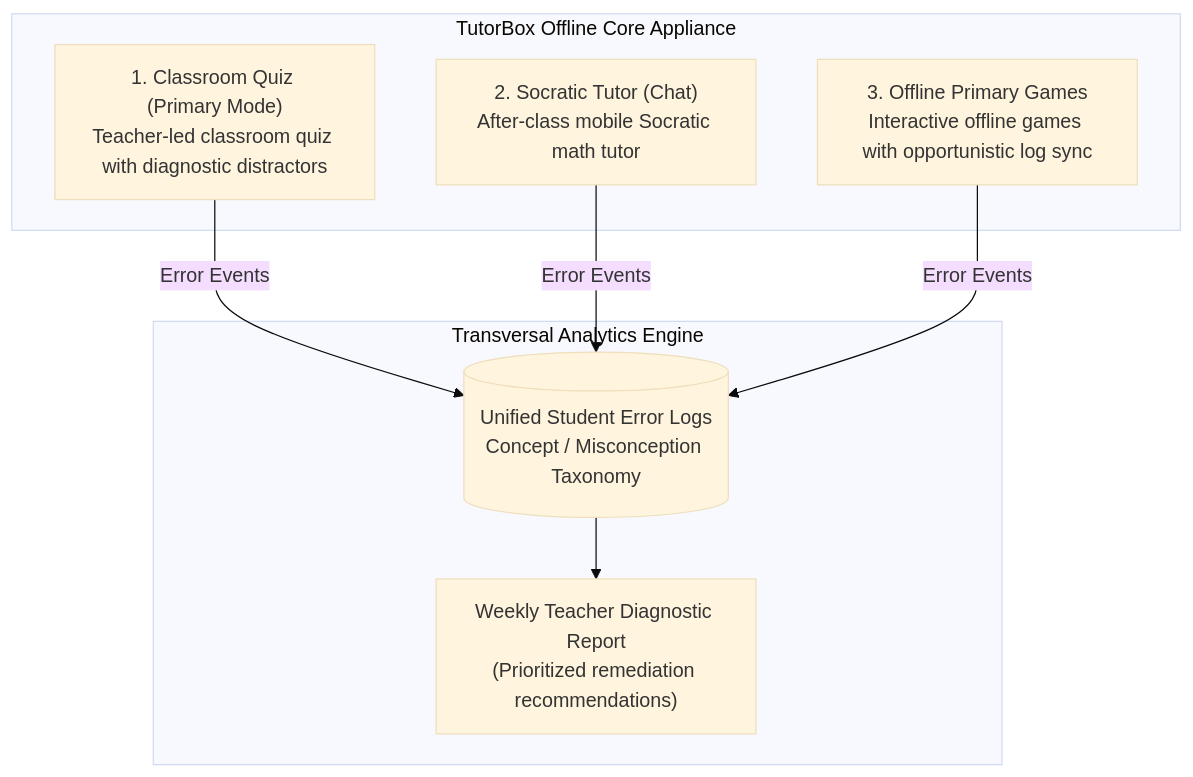
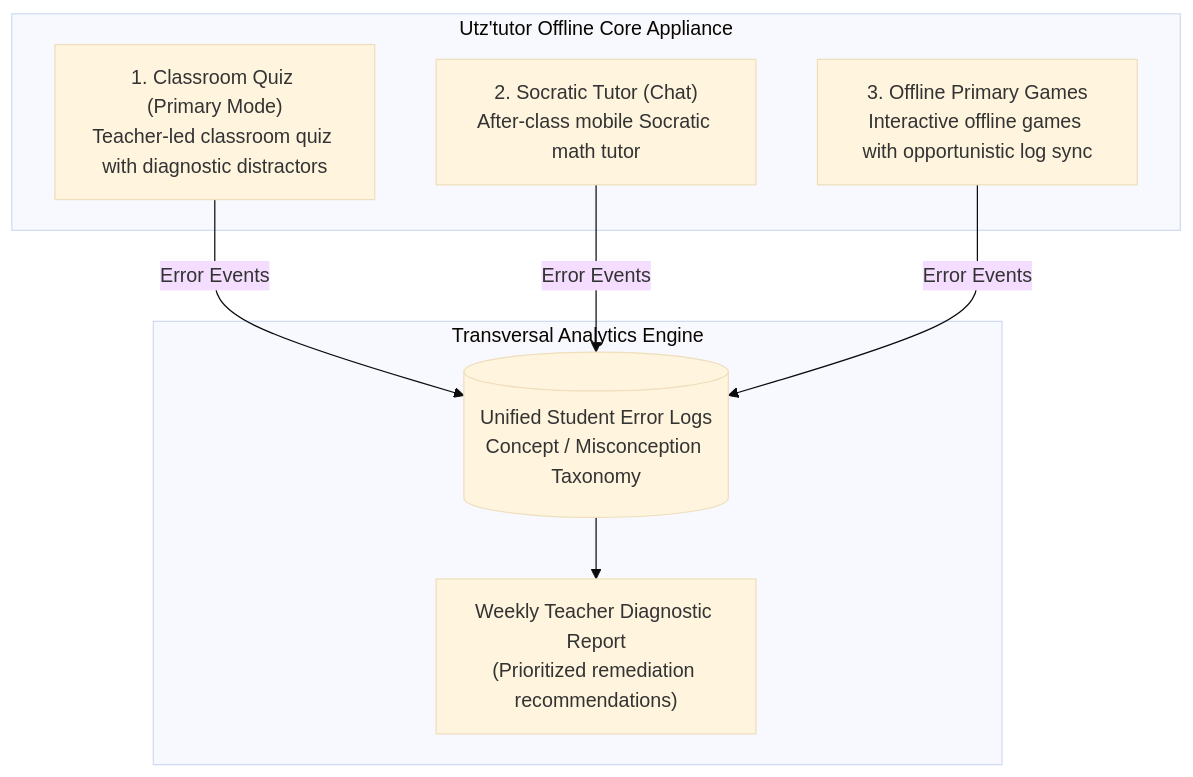
The diagram in docs/architecture/three-modes.md (GabGP/TutorBox), drawn with Mermaid (base theme) before and after one commit. The commit also changed other lines of this file and 127 other files, not shown here.

Commit message:
Cambié «TutorBox» por «Utz'tutor»

````diff
--- a/docs/architecture/three-modes.md
+++ b/docs/architecture/three-modes.md
@@ -20,18 +20,18 @@
 ```mermaid
 graph TD
-    subgraph Core ["TutorBox Offline Core Appliance"]
+    subgraph Core ["Utz'tutor Offline Core Appliance"]
         M1["1. Classroom Quiz (Primary Mode)<br/>Teacher-led classroom quiz with diagnostic distractors"]
         M2["2. Socratic Tutor (Chat)<br/>After-class mobile Socratic math tutor"]
         M3["3. Offline Primary Games<br/>Interactive offline games with opportunistic log sync"]
     end
 
     subgraph Telemetry ["Transversal Analytics Engine"]
         Logs[("Unified Student Error Logs<br/>Concept / Misconception Taxonomy")]
         Report["Weekly Teacher Diagnostic Report<br/>(Prioritized remediation recommendations)"]
     end
 
     M1 -->|Error Events| Logs
     M2 -->|Error Events| Logs
     M3 -->|Error Events| Logs
     Logs --> Report
 ```
````
